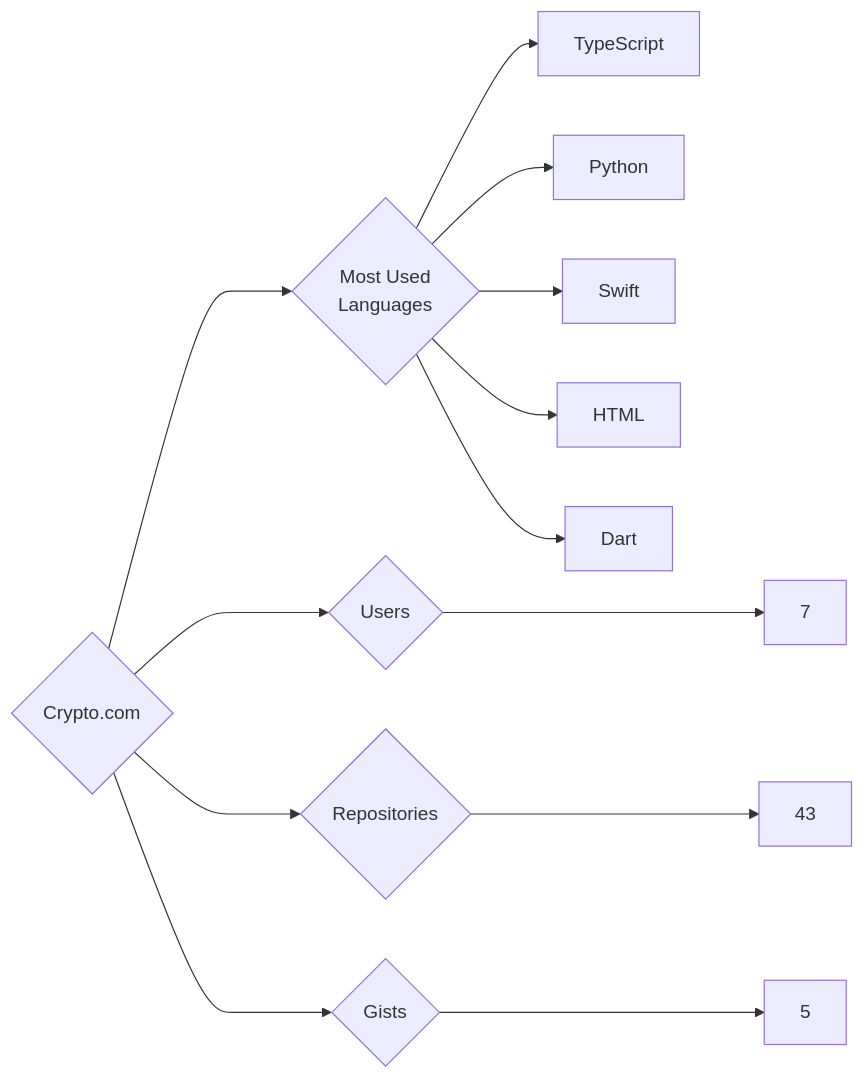
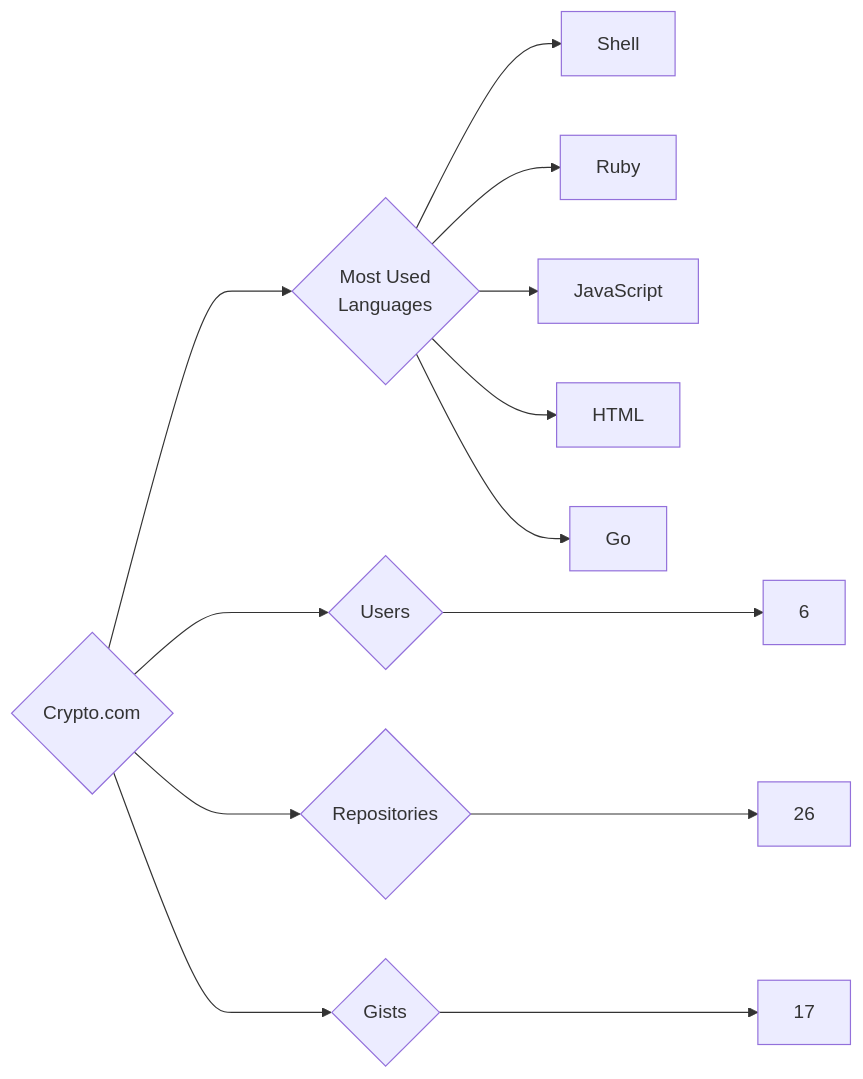
Before and after one commit to trickest/insiders: the diagram in targets/Crypto.com/README.md, drawn with Mermaid. The commit also changed 1141 other files, not shown here.

````diff
--- a/targets/Crypto.com/README.md
+++ b/targets/Crypto.com/README.md
@@ -3,13 +3,13 @@
 ```mermaid
 graph LR
 COMPANY_NAME{Crypto.com}
-COMPANY_NAME ---> U{Users} ---> UN[7]
-COMPANY_NAME ---> R{Repositories} ---> RN[43]
-COMPANY_NAME ---> G{Gists} ---> GN[5]
+COMPANY_NAME ---> U{Users} ---> UN[6]
+COMPANY_NAME ---> R{Repositories} ---> RN[26]
+COMPANY_NAME ---> G{Gists} ---> GN[17]
 COMPANY_NAME ---> ML{Most Used<br>Languages}
-ML --> TypeScript[TypeScript]
-ML --> Python[Python]
-ML --> Swift[Swift]
+ML --> Shell[Shell]
+ML --> Ruby[Ruby]
+ML --> JavaScript[JavaScript]
 ML --> HTML[HTML]
-ML --> Dart[Dart]
+ML --> Go[Go]
 ```
````
